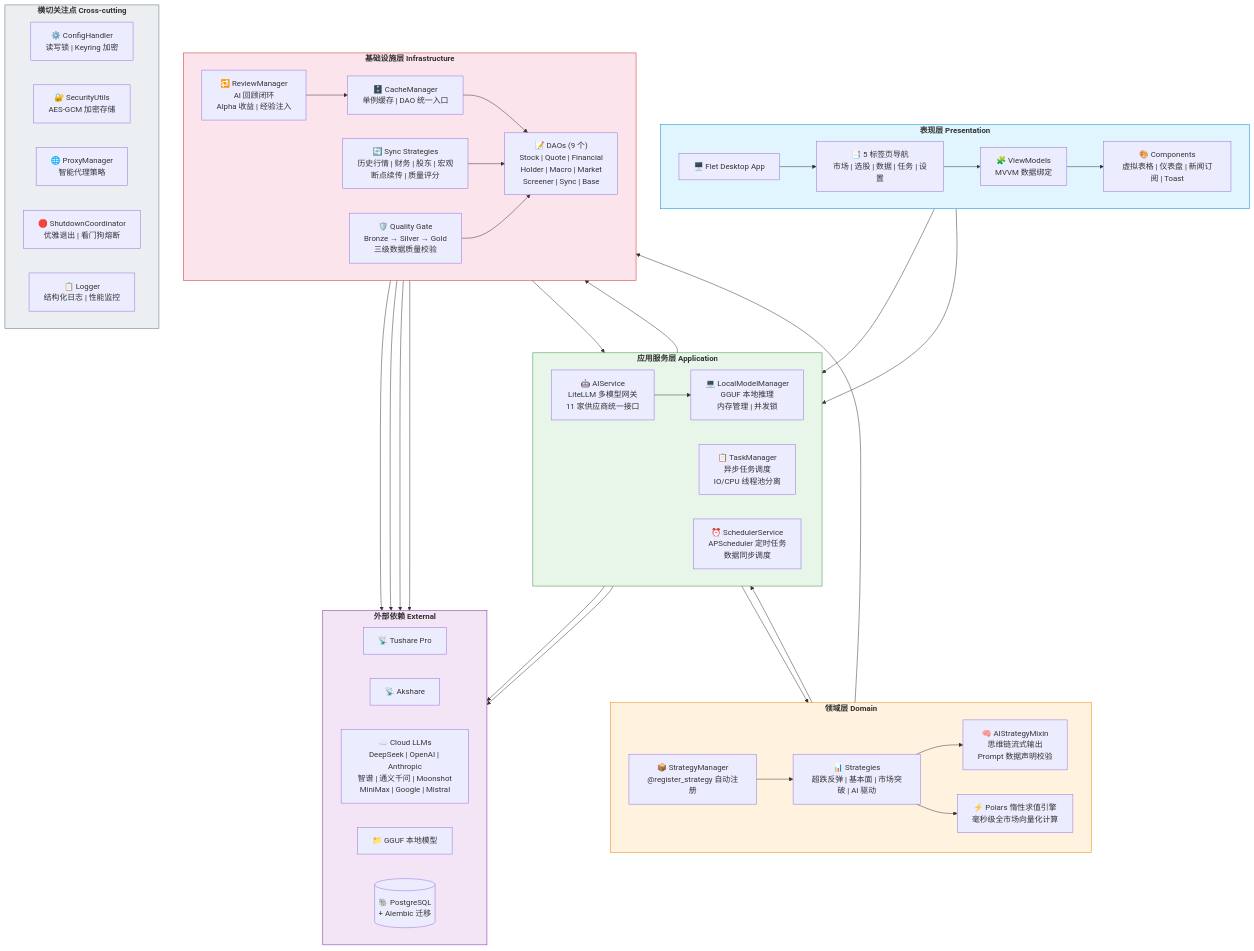
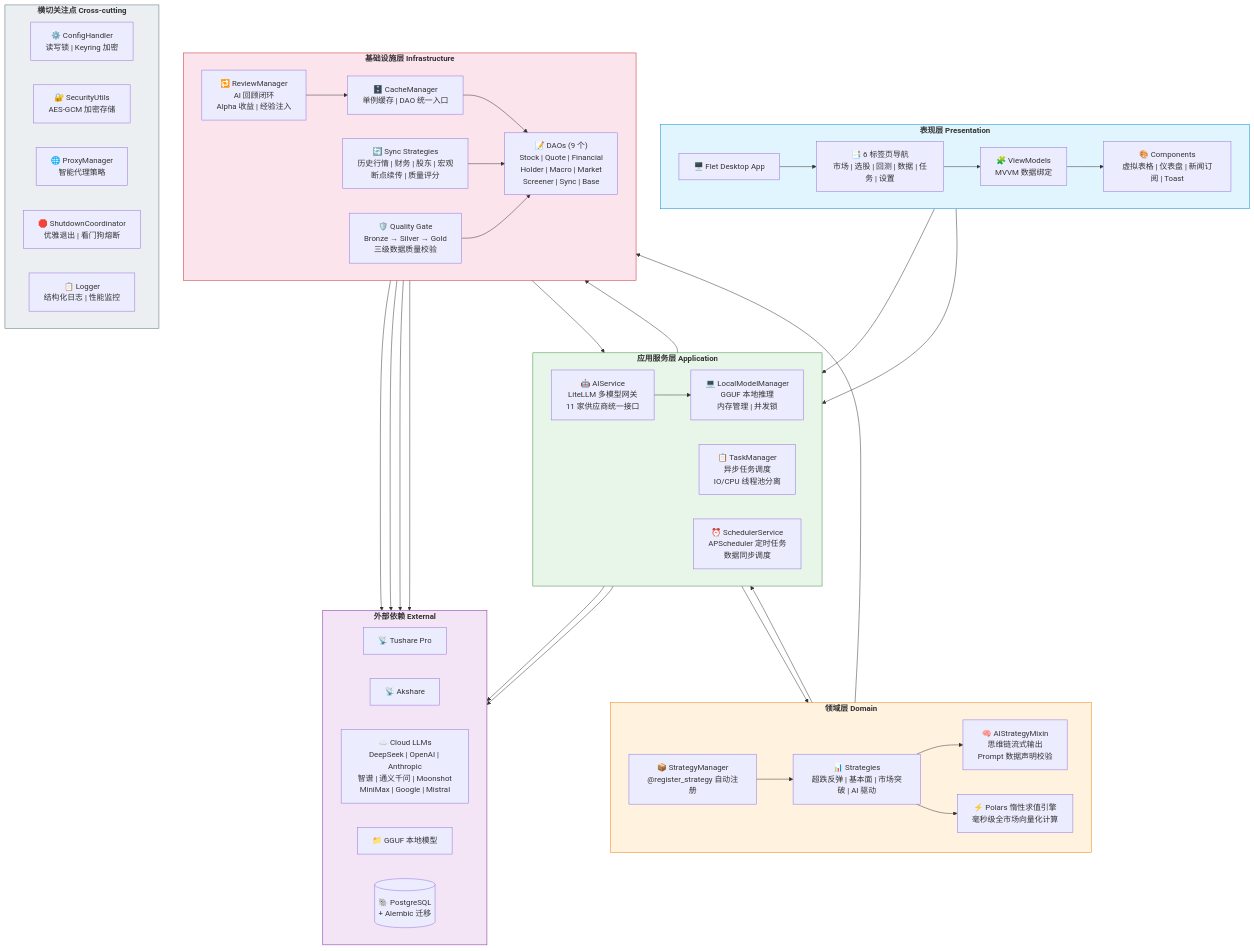
Before and after one commit to shi00/qTrading: the diagram in README.md, drawn with Mermaid. The commit also changed other lines of this file, not shown here.

````diff
--- a/README.md
+++ b/README.md
@@ -259,81 +285,81 @@
 ```mermaid
 graph TB
     subgraph PRESENTATION["<b>表现层 Presentation</b>"]
         direction LR
         APP["🖥️ Flet Desktop App"]
-        TABS["📑 5 标签页导航<br/>市场 | 选股 | 数据 | 任务 | 设置"]
+        TABS["📑 6 标签页导航<br/>市场 | 选股 | 回测 | 数据 | 任务 | 设置"]
         VM["🧩 ViewModels<br/>MVVM 数据绑定"]
         COMP["🎨 Components<br/>虚拟表格 | 仪表盘 | 新闻订阅 | Toast"]
         APP --> TABS --> VM --> COMP
     end
 
     subgraph APPLICATION["<b>应用服务层 Application</b>"]
         direction LR
         AI["🤖 AIService<br/>LiteLLM 多模型网关<br/>11 家供应商统一接口"]
         TASK["📋 TaskManager<br/>异步任务调度<br/>IO/CPU 线程池分离"]
         LOCAL["💻 LocalModelManager<br/>GGUF 本地推理<br/>内存管理 | 并发锁"]
         SCHED["⏰ SchedulerService<br/>APScheduler 定时任务<br/>数据同步调度"]
     end
 
     subgraph DOMAIN["<b>领域层 Domain</b>"]
         direction LR
         REG["📦 StrategyManager<br/>@register_strategy 自动注册"]
         STG["📊 Strategies<br/>超跌反弹 | 基本面 | 市场突破 | AI 驱动"]
         MIX["🧠 AIStrategyMixin<br/>思维链流式输出<br/>Prompt 数据声明校验"]
         POLARS["⚡ Polars 惰性求值引擎<br/>毫秒级全市场向量化计算"]
         REG --> STG --> MIX
         STG --> POLARS
     end
 
     subgraph INFRA["<b>基础设施层 Infrastructure</b>"]
         direction LR
         CACHE["🗄️ CacheManager<br/>单例缓存 | DAO 统一入口"]
         DAOS["📝 DAOs (9 个)<br/>Stock | Quote | Financial<br/>Holder | Macro | Market<br/>Screener | Sync | Base"]
         SYNC["🔄 Sync Strategies<br/>历史行情 | 财务 | 股东 | 宏观<br/>断点续传 | 质量评分"]
         QUALITY["🛡️ Quality Gate<br/>Bronze → Silver → Gold<br/>三级数据质量校验"]
         REVIEW["🔁 ReviewManager<br/>AI 回顾闭环<br/>Alpha 收益 | 经验注入"]
         CACHE --> DAOS
         SYNC --> DAOS
         QUALITY --> DAOS
         REVIEW --> CACHE
     end
 
     subgraph EXTERNAL["<b>外部依赖 External</b>"]
         direction LR
         TUSHARE["📡 Tushare Pro"]
         AKSHARE["📡 Akshare"]
         CLOUD_LLM["☁️ Cloud LLMs<br/>DeepSeek | OpenAI | Anthropic<br/>智谱 | 通义千问 | Moonshot<br/>MiniMax | Google | Mistral"]
         GGUF["📁 GGUF 本地模型"]
         PG[("🐘 PostgreSQL<br/>+ Alembic 迁移")]
     end
 
     subgraph CROSS["<b>横切关注点 Cross-cutting</b>"]
         direction LR
         CONFIG["⚙️ ConfigHandler<br/>读写锁 | Keyring 加密"]
         SECURITY["🔐 SecurityUtils<br/>AES-GCM 加密存储"]
         PROXY["🌐 ProxyManager<br/>智能代理策略"]
         SHUTDOWN["🛑 ShutdownCoordinator<br/>优雅退出 | 看门狗熔断"]
         LOG["📋 Logger<br/>结构化日志 | 性能监控"]
     end
 
     VM --> AI
     VM --> TASK
     TASK --> STG
     MIX --> AI
     AI --> CLOUD_LLM
     AI --> LOCAL --> GGUF
     STG --> CACHE
     DAOS --> PG
     SYNC --> TUSHARE
     SYNC --> AKSHARE
     SCHED --> SYNC
     REVIEW --> AI
     REVIEW --> PG
 
     style PRESENTATION fill:#e1f5fe,stroke:#0288d1
     style APPLICATION fill:#e8f5e9,stroke:#388e3c
     style DOMAIN fill:#fff3e0,stroke:#f57c00
     style INFRA fill:#fce4ec,stroke:#c62828
     style EXTERNAL fill:#f3e5f5,stroke:#7b1fa2
     style CROSS fill:#eceff1,stroke:#546e7a
 ```
````
